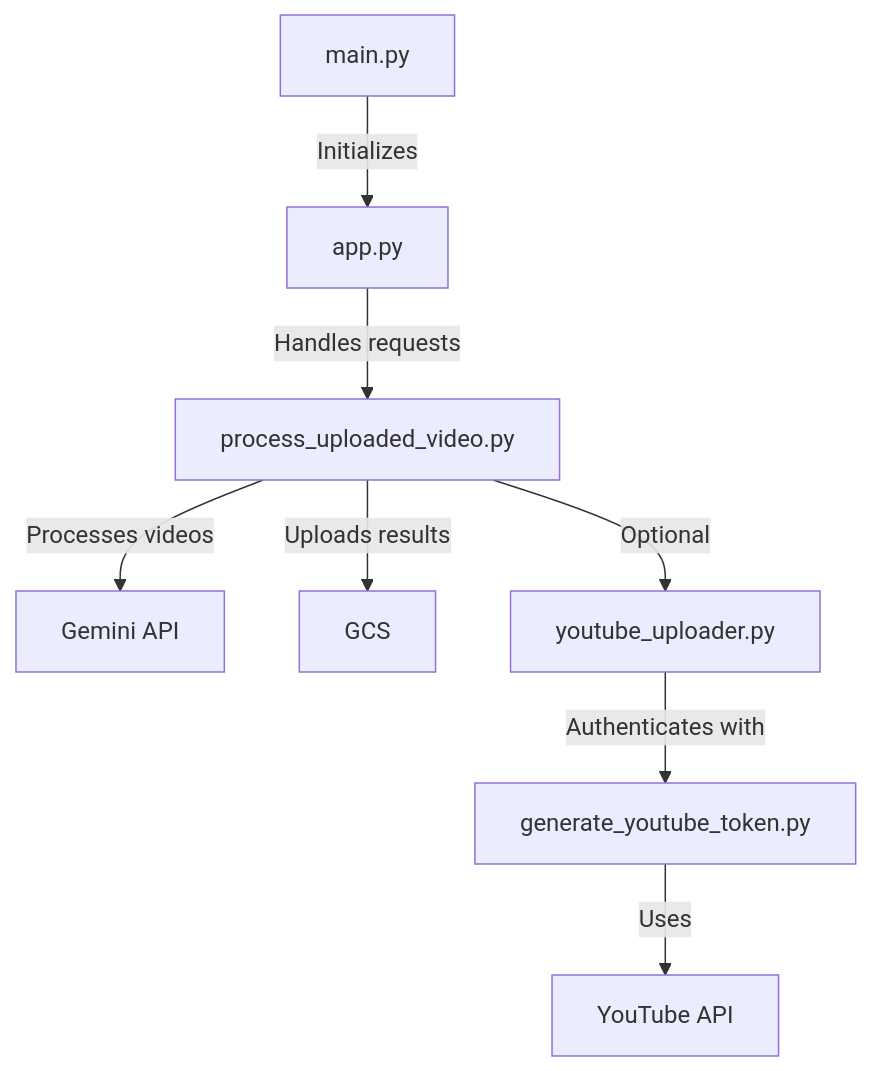
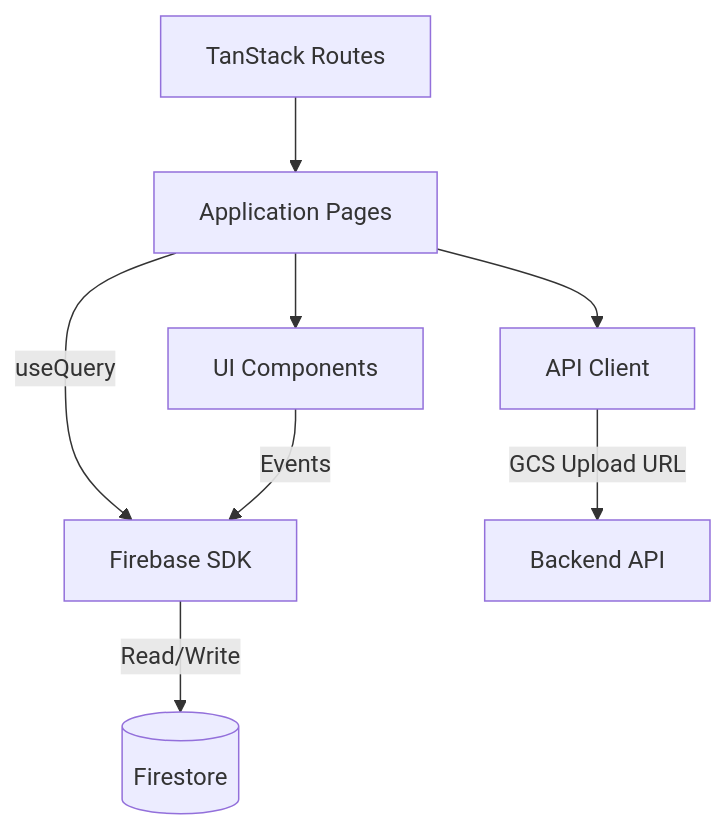
One commit to ParkerRex/echo changed the second of 3 diagrams in docs/PROJECT_STRUCTURE.md. Above: the diagram before and after it, drawn with Mermaid. The commit also changed other lines of this file and 73 other files, not shown here.

````diff
--- a/docs/PROJECT_STRUCTURE.md
+++ b/docs/PROJECT_STRUCTURE.md
@@ -48,10 +113,10 @@
 ```mermaid
 flowchart TD
-    A[main.py] -->|Initializes| B[app.py]
-    B -->|Handles requests| C[process_uploaded_video.py]
-    C -->|Processes videos| D[Gemini API]
-    C -->|Uploads results| E[GCS]
-    C -->|Optional| F[youtube_uploader.py]
-    F -->|Authenticates with| G[generate_youtube_token.py]
-    G -->|Uses| H[YouTube API]
+    Routes[TanStack Routes] --> Pages[Application Pages]
+    Pages --> Components[UI Components]
+    Firebase[Firebase SDK] --> |Read/Write| Firestore[(Firestore)]
+    Pages --> |useQuery| Firebase
+    Components --> |Events| Firebase
+    API[API Client] --> |GCS Upload URL| Backend[Backend API]
+    Pages --> API
 ```
````
